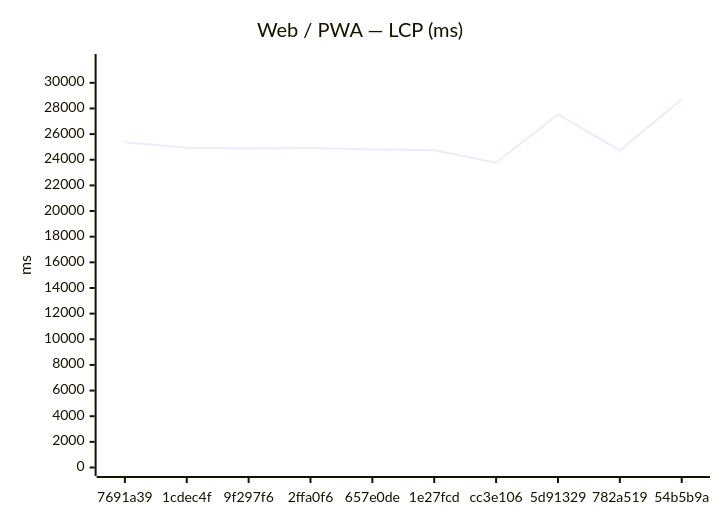
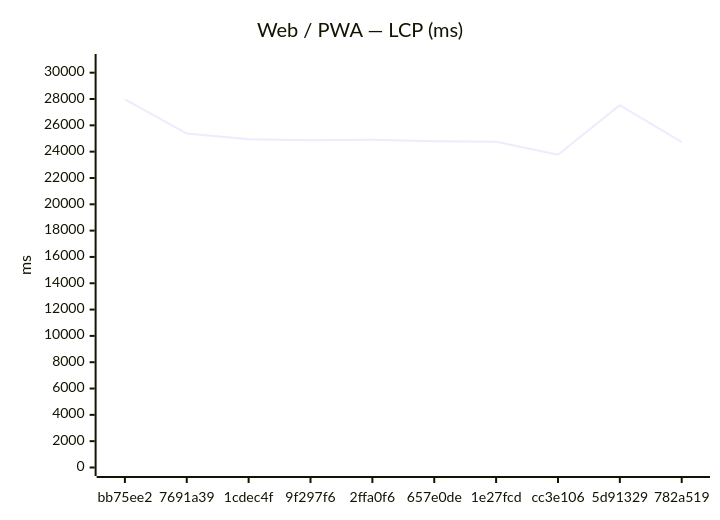
The first of 18 diagrams in benchmarks/compare.md (Metaheurist/Rianell), drawn with Mermaid before and after one commit. The commit also changed other lines of this file and 11 other files, not shown here.

````diff
--- a/benchmarks/compare.md
+++ b/benchmarks/compare.md
@@ -24,7 +24,7 @@
 ```mermaid
 xychart-beta
     title "Web / PWA — LCP (ms)"
-    x-axis ["7691a39", "1cdec4f", "9f297f6", "2ffa0f6", "657e0de", "1e27fcd", "cc3e106", "5d91329", "782a519", "54b5b9a"]
-    y-axis "ms" 0 --> 31584
-    line [25370, 24933, 24873, 24910, 24797, 24744, 23765, 27536, 24725, 28712]
+    x-axis ["bb75ee2", "7691a39", "1cdec4f", "9f297f6", "2ffa0f6", "657e0de", "1e27fcd", "cc3e106", "5d91329", "782a519"]
+    y-axis "ms" 0 --> 30774
+    line [27976, 25370, 24933, 24873, 24910, 24797, 24744, 23765, 27536, 24725]
 ```
````
